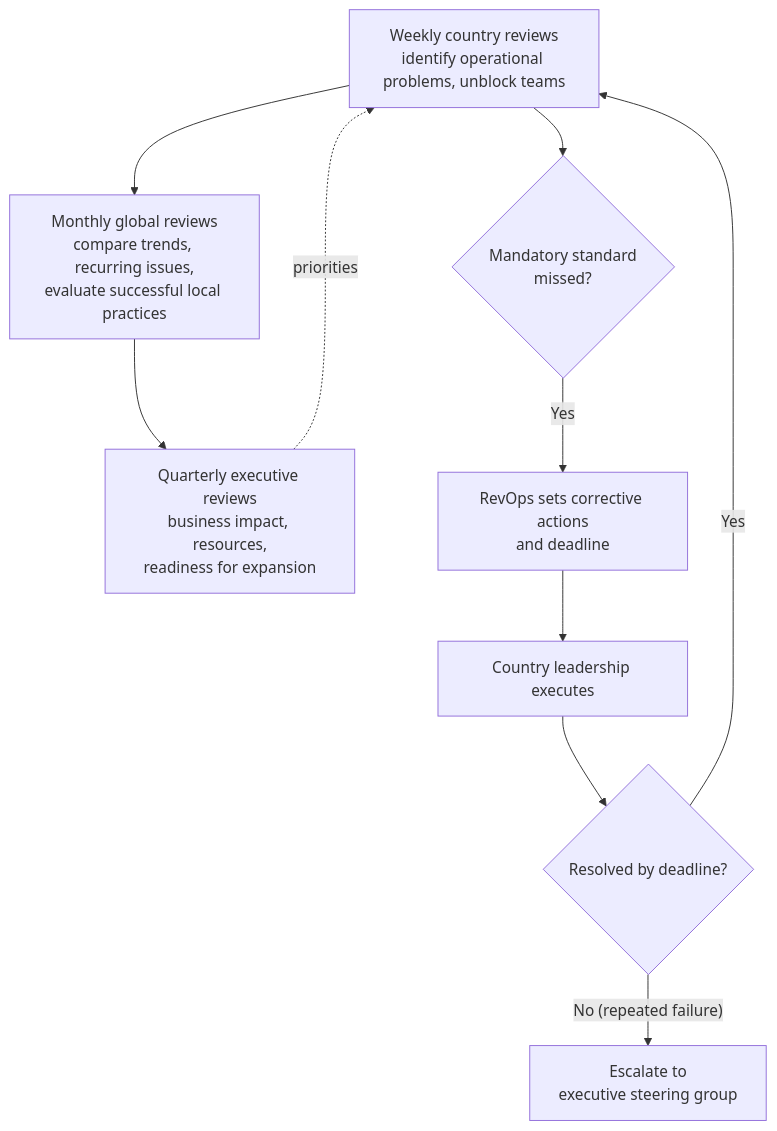
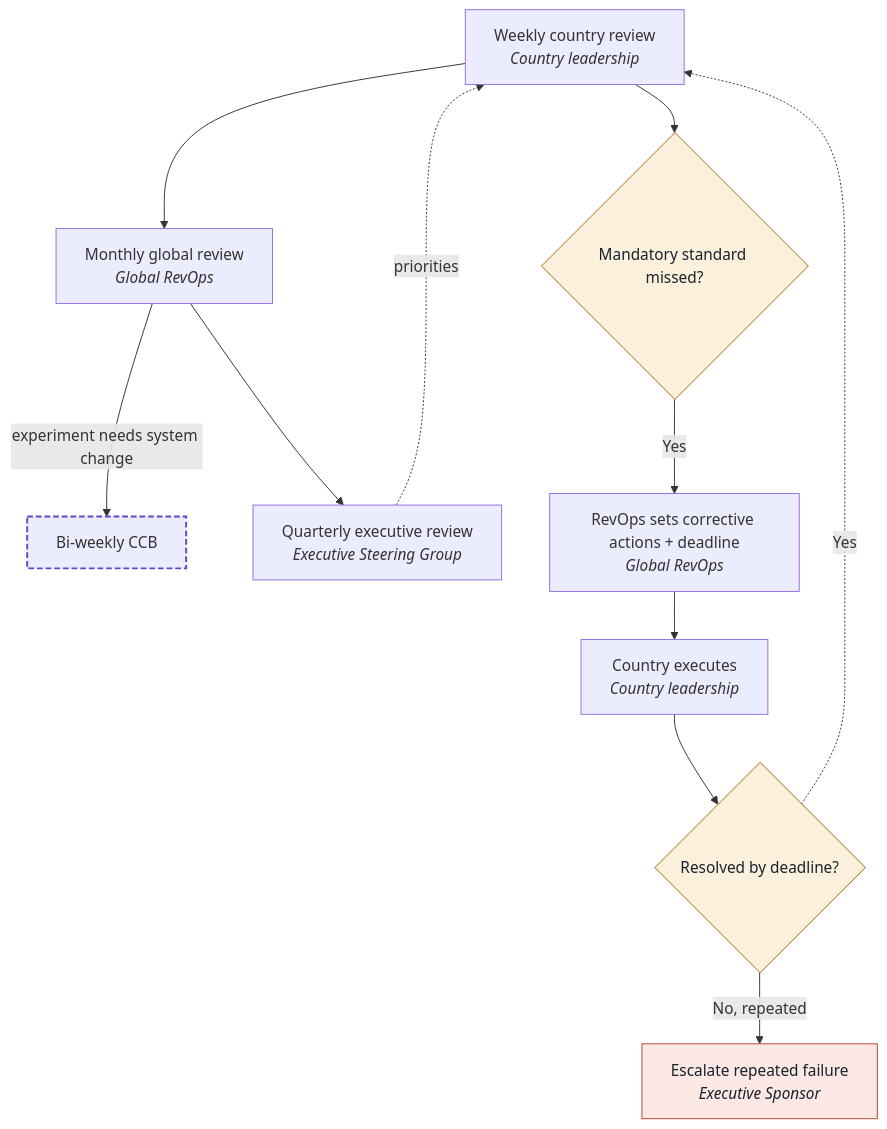
One commit to meena-uma-ram/workflows changed the tenth of 15 diagrams in crm-transformation/README.md. Above: the diagram before and after it, drawn with Mermaid. The commit also changed other lines of this file and 7 other files, not shown here.

````diff
--- a/crm-transformation/README.md
+++ b/crm-transformation/README.md
@@ -190,14 +536,31 @@
 ```mermaid
-flowchart TD
-    W["Weekly country reviews<br/>identify operational problems, unblock teams"] --> M
-    M["Monthly global reviews<br/>compare trends, recurring issues,<br/>evaluate successful local practices"] --> Q
-    Q["Quarterly executive reviews<br/>business impact, resources,<br/>readiness for expansion"]
+flowchart TB
+    W["Weekly country review<br/><i>Country leadership</i>"]
+    CCB["Bi-weekly CCB"]
+    M["Monthly global review<br/><i>Global RevOps</i>"]
+    Q["Quarterly executive review<br/><i>Executive Steering Group</i>"]
+    MS{"Mandatory standard missed?"}
+    CA["RevOps sets corrective actions + deadline<br/><i>Global RevOps</i>"]
+    EXE["Country executes<br/><i>Country leadership</i>"]
+    RS{"Resolved by deadline?"}
+    ESC["Escalate repeated failure<br/><i>Executive Sponsor</i>"]
+    W --> M
+    M --> Q
     Q -. "priorities" .-> W
-
-    W --> CHK{"Mandatory standard<br/>missed?"}
-    CHK -- Yes --> CA["RevOps sets corrective actions<br/>and deadline"]
-    CA --> EXE["Country leadership executes"]
-    EXE --> RE{"Resolved by deadline?"}
-    RE -- Yes --> W
-    RE -- "No (repeated failure)" --> ESC["Escalate to<br/>executive steering group"]
+    M -- "experiment needs system change" --> CCB
+    W --> MS
+    MS -- "Yes" --> CA
+    CA --> EXE
+    EXE --> RS
+    RS -. "Yes" .-> W
+    RS -- "No, repeated" --> ESC
+    classDef decision fill:#fbf0dc,stroke:#a8650b,color:#18222d;
+    classDef exit fill:#eef1f3,stroke:#7c8792,color:#4a5560;
+    classDef post fill:#e2f2e8,stroke:#2f7d4f,color:#18222d;
+    classDef escalation fill:#fbe7e4,stroke:#b4442f,color:#18222d;
+    classDef proposed stroke:#5b4bc4,stroke-width:2px,stroke-dasharray:6 3;
+    classDef validate stroke:#b4442f,stroke-width:2px,stroke-dasharray:2 3;
+    class MS,RS decision;
+    class ESC escalation;
+    class CCB proposed;
 ```
````
